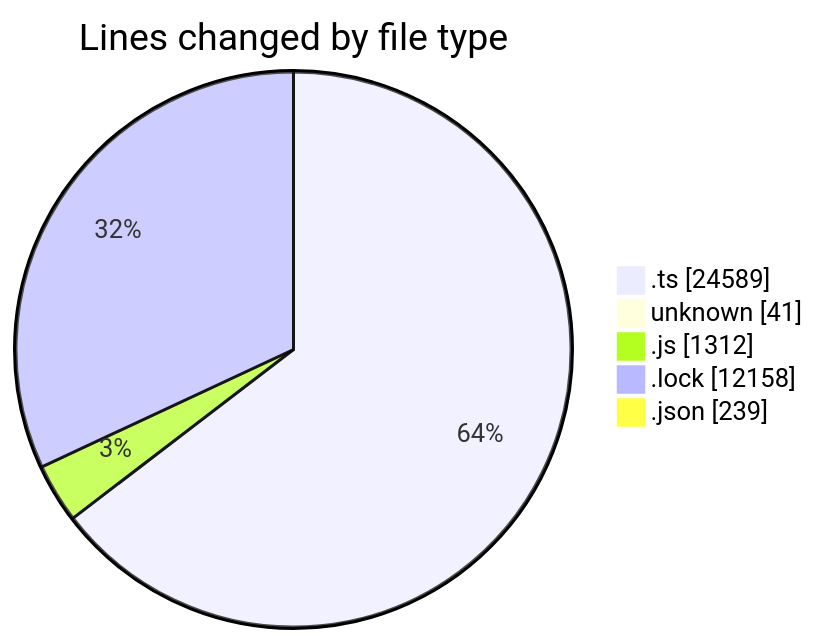
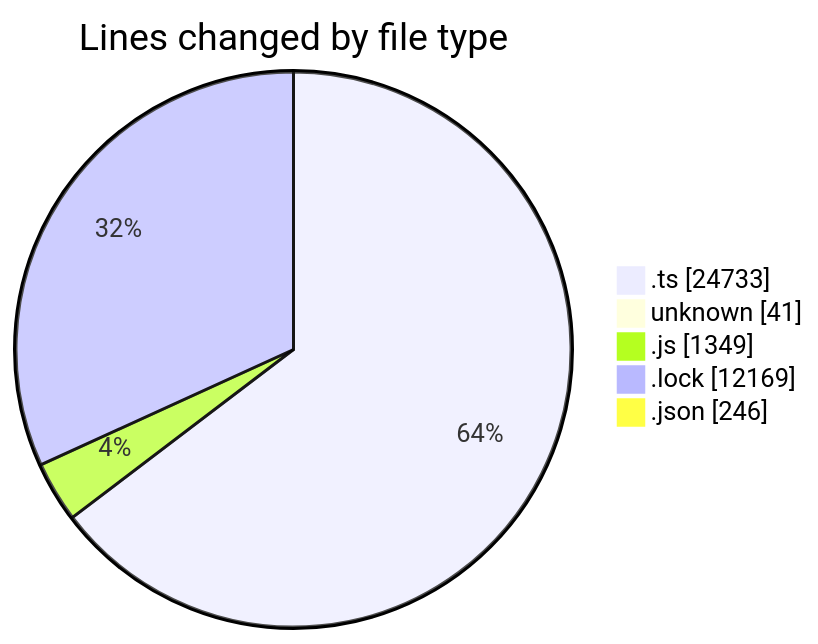
Before and after one commit to momahboobian/code-tracking: the first of 2 diagrams in 2025-08-18/cda/README.md, drawn with Mermaid. The commit also changed other lines of this file and 1 other file, not shown here.

````diff
--- a/2025-08-18/cda/README.md
+++ b/2025-08-18/cda/README.md
@@ -38,9 +39,9 @@
 ```mermaid
 pie showData
 title Lines changed by file type
-".ts" : 24589
+".ts" : 24733
 "unknown" : 41
-".js" : 1312
-".lock" : 12158
-".json" : 239
+".js" : 1349
+".lock" : 12169
+".json" : 246
 ```
````
